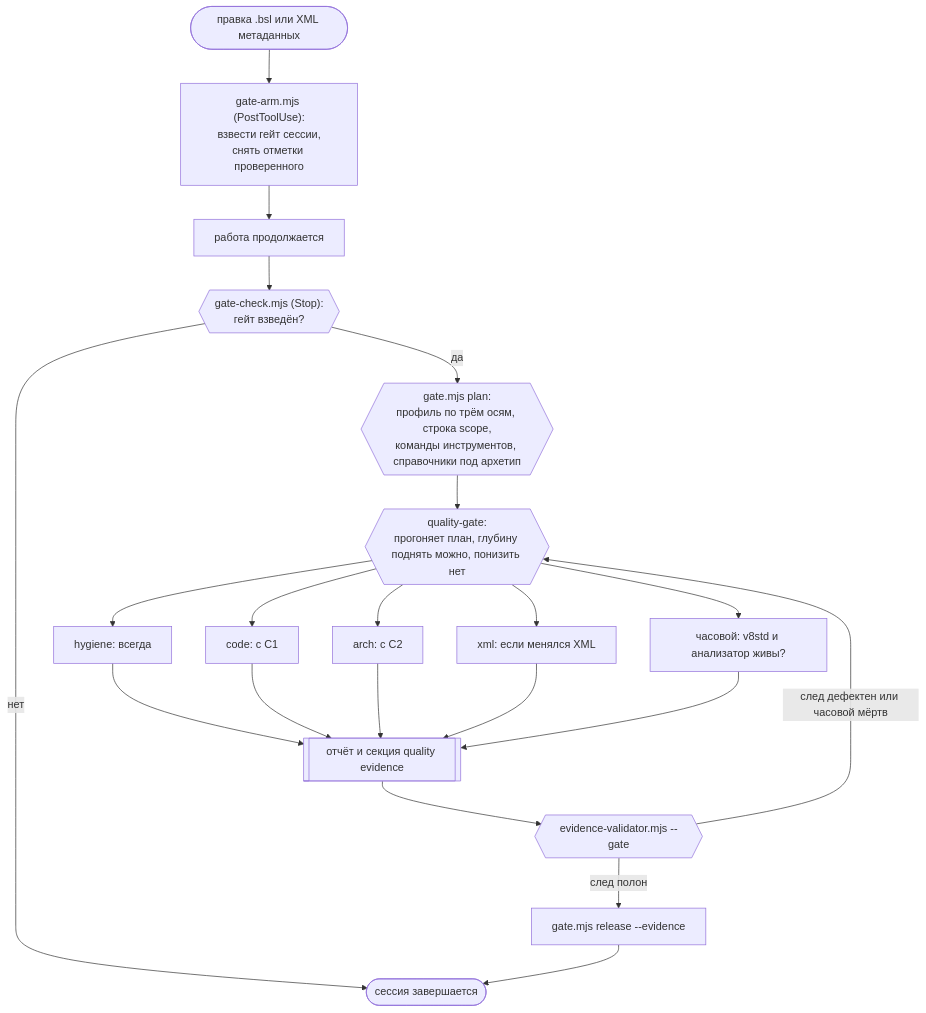
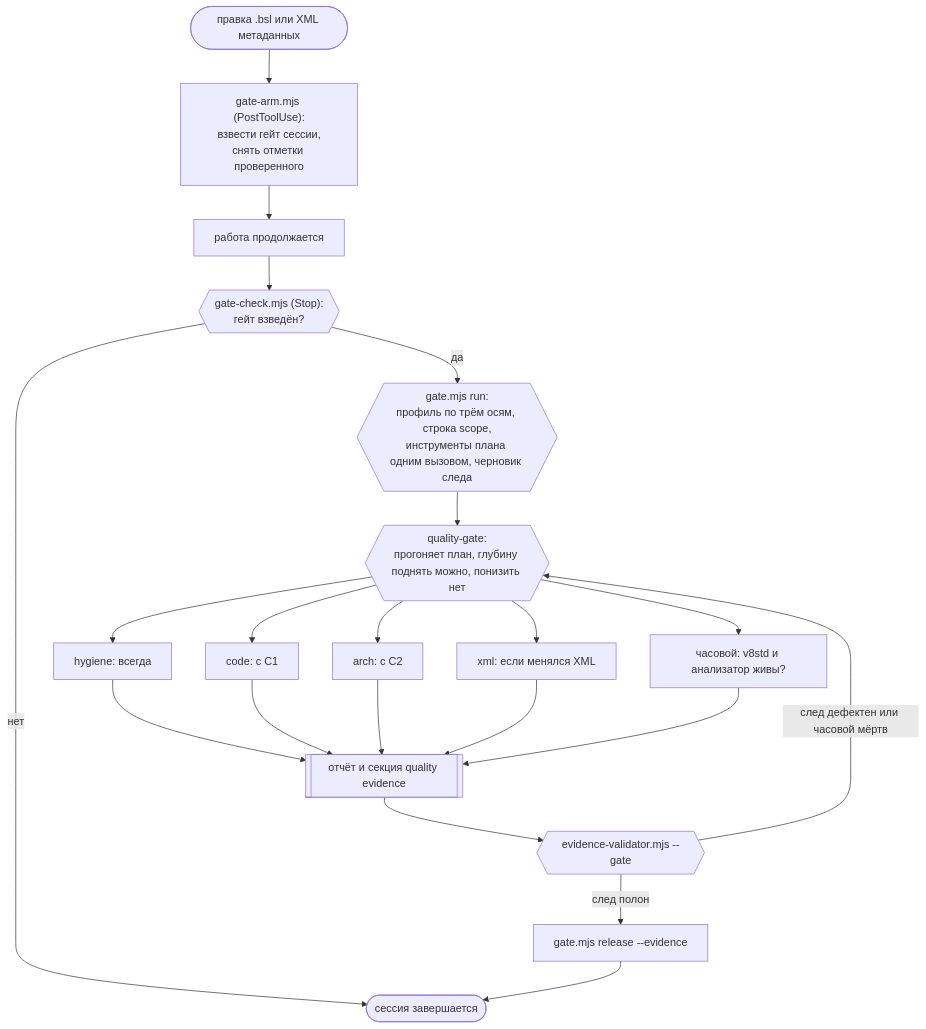
Before and after one commit to Romandredan/1c-quality-gate: the diagram in README.md, drawn with Mermaid. The commit also changed other lines of this file and 6 other files, not shown here.

First line of the commit message:
feat(гейт): gate.mjs run — инструментальная фаза одним вызовом (#30)

````diff
--- a/README.md
+++ b/README.md
@@ -411,23 +411,23 @@
 ```mermaid
 flowchart TD
     EDIT([правка .bsl или XML метаданных]) --> ARM["gate-arm.mjs (PostToolUse):<br/>взвести гейт сессии,<br/>снять отметки проверенного"]
     ARM --> WORK[работа продолжается]
     WORK --> STOP{{"gate-check.mjs (Stop):<br/>гейт взведён?"}}
     STOP -->|нет| DONE([сессия завершается])
-    STOP -->|да| PLAN{{"gate.mjs plan:<br/>профиль по трём осям, строка scope,<br/>команды инструментов, справочники под архетип"}}
+    STOP -->|да| PLAN{{"gate.mjs run:<br/>профиль по трём осям, строка scope,<br/>инструменты плана одним вызовом, черновик следа"}}
     PLAN --> ORCH{{"quality-gate:<br/>прогоняет план, глубину поднять можно, понизить нет"}}
     ORCH --> HYG["hygiene: всегда"]
     ORCH --> CODE["code: с C1"]
     ORCH --> ARCH["arch: с C2"]
     ORCH --> XML["xml: если менялся XML"]
     ORCH --> SENT["часовой: v8std и анализатор живы?"]
     HYG --> EV[["отчёт и секция quality evidence"]]
     CODE --> EV
     ARCH --> EV
     XML --> EV
     SENT --> EV
     EV --> VAL{{"evidence-validator.mjs --gate"}}
     VAL -->|"след дефектен или часовой мёртв"| ORCH
     VAL -->|след полон| REL["gate.mjs release --evidence"]
     REL --> DONE
 ```
````
